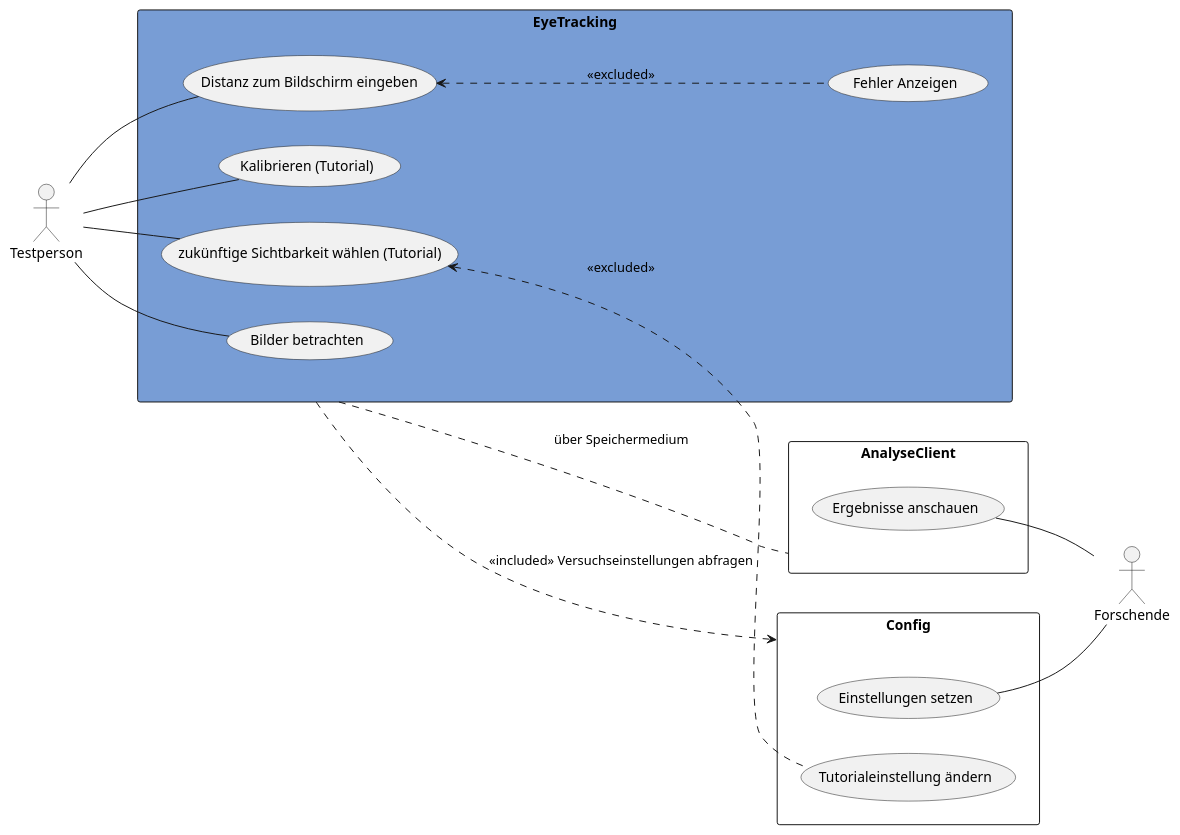
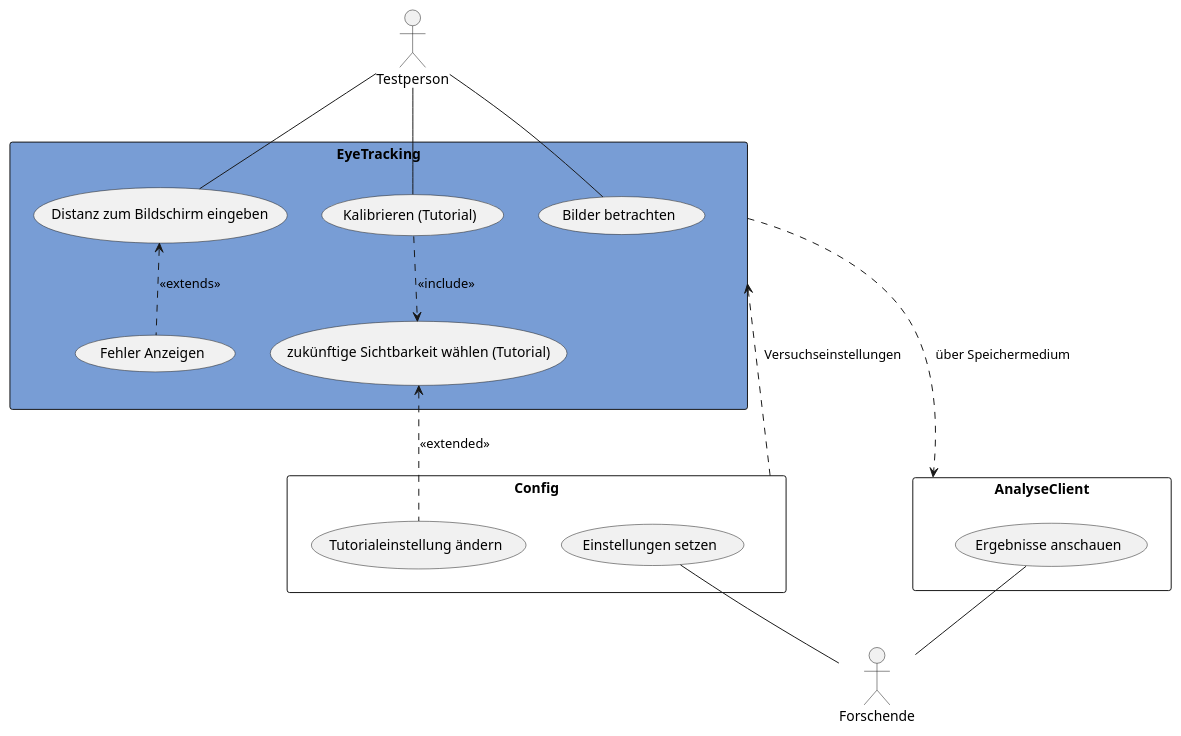
One commit to weichware10/meilensteine changed the diagram in meilenstein_05/usecase-EyeTracking/usecase-EyeTracking.puml. Above: the diagram before and after it, drawn with PlantUML.

Commit message:
Josh fix

```diff
--- a/meilenstein_05/usecase-EyeTracking/usecase-EyeTracking.puml
+++ b/meilenstein_05/usecase-EyeTracking/usecase-EyeTracking.puml
@@ -1,40 +1,41 @@
 @startuml EyeTracking
-left to right direction
+
+' left to right direction
 
 actor Testperson as t
 actor Forschende as f
 
 rectangle EyeTracking as z #789dd5 {
     usecase "Distanz zum Bildschirm eingeben" as db
     usecase "Kalibrieren (Tutorial)" as kt
     usecase "zukünftige Sichtbarkeit wählen (Tutorial)" as tw
     usecase "Bilder betrachten" as bb
     usecase "Fehler Anzeigen" as fa
 }
 
 rectangle AnalyseClient as a {
     usecase "Ergebnisse anschauen" as ea
 }
 
 rectangle Config as c {
     usecase "Einstellungen setzen" as es
     usecase "Tutorialeinstellung ändern" as tä
 }
 
 ' Testperson
 t -- db
 t -- kt
-t -- tw
 t -- bb
 
 ' Forschende
 es -- f
 ea -- f
 
 ' intern
-tw <.. tä : <<excluded>> 
-z .. a : über Speichermedium
-z ..> c : <<included>> Versuchseinstellungen abfragen
-db <.. fa : <<excluded>>
+tw <.. tä : <<extended>> 
+z ..> a : über Speichermedium
+z <.. c : Versuchseinstellungen
+db <.. fa : <<extends>>
+kt ..> tw : <<include>>
 
 @enduml
```
